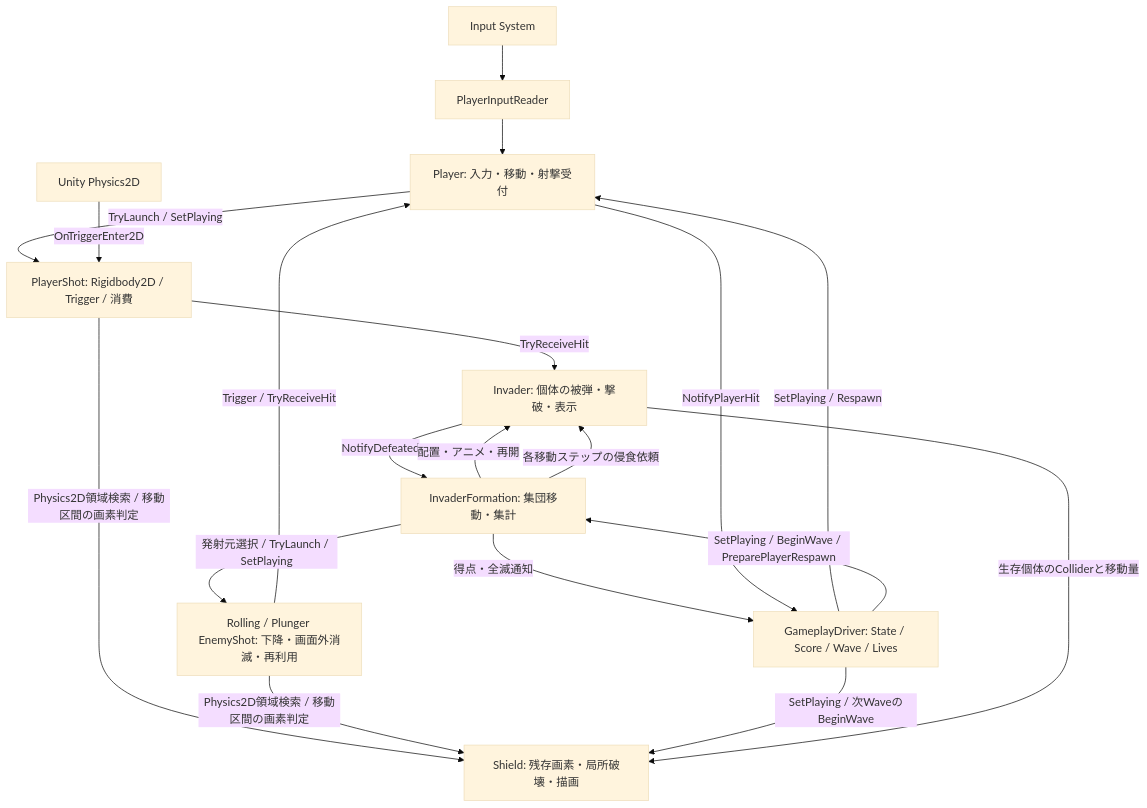
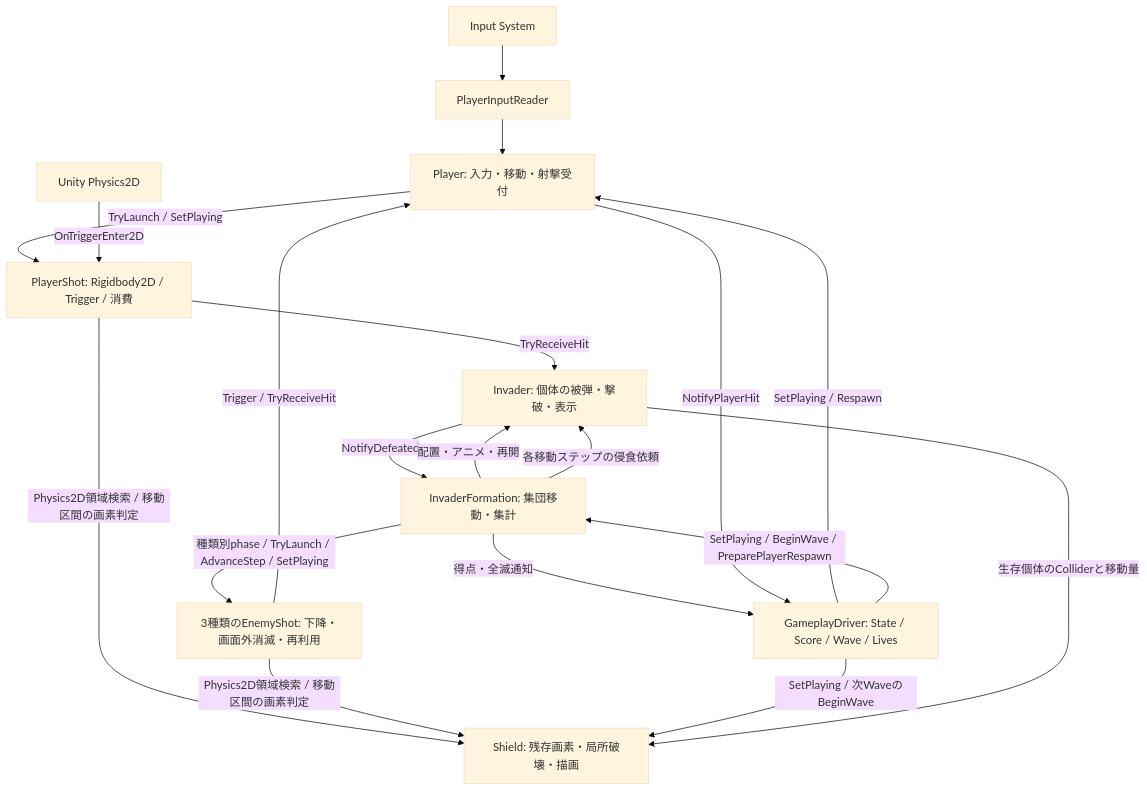
The diagram in docs/ARCHITECTURE.md (urahimono/Unity_Invader), drawn with Mermaid (base theme) before and after one commit. The commit also changed other lines of this file and 17 other files, not shown here.

````diff
--- a/docs/ARCHITECTURE.md
+++ b/docs/ARCHITECTURE.md
@@ -21,21 +21,21 @@
 ```mermaid
 flowchart TD
     Input[Input System] --> Reader[PlayerInputReader]
     Reader --> Player[Player: 入力・移動・射撃受付]
     Driver[GameplayDriver: State / Score / Wave / Lives] -->|SetPlaying / Respawn| Player
     Driver -->|SetPlaying / BeginWave / PreparePlayerRespawn| Formation[InvaderFormation: 集団移動・集計]
     Player -->|TryLaunch / SetPlaying| Shot[PlayerShot: Rigidbody2D / Trigger / 消費]
     Physics[Unity Physics2D] -->|OnTriggerEnter2D| Shot
     Shot -->|TryReceiveHit| Invader[Invader: 個体の被弾・撃破・表示]
     Invader -->|NotifyDefeated| Formation
     Formation -->|得点・全滅通知| Driver
     Formation -->|配置・アニメ・再開| Invader
-    Formation -->|発射元選択 / TryLaunch / SetPlaying| EnemyShot[Rolling / Plunger EnemyShot: 下降・画面外消滅・再利用]
+    Formation -->|種類別phase / TryLaunch / AdvanceStep / SetPlaying| EnemyShot[3種類のEnemyShot: 下降・画面外消滅・再利用]
     EnemyShot -->|Trigger / TryReceiveHit| Player
     Player -->|NotifyPlayerHit| Driver
     Shot -->|Physics2D領域検索 / 移動区間の画素判定| Shield[Shield: 残存画素・局所破壊・描画]
     EnemyShot -->|Physics2D領域検索 / 移動区間の画素判定| Shield
     Driver -->|SetPlaying / 次WaveのBeginWave| Shield
     Formation -->|各移動ステップの侵食依頼| Invader
     Invader -->|生存個体のColliderと移動量| Shield
 ```
````
